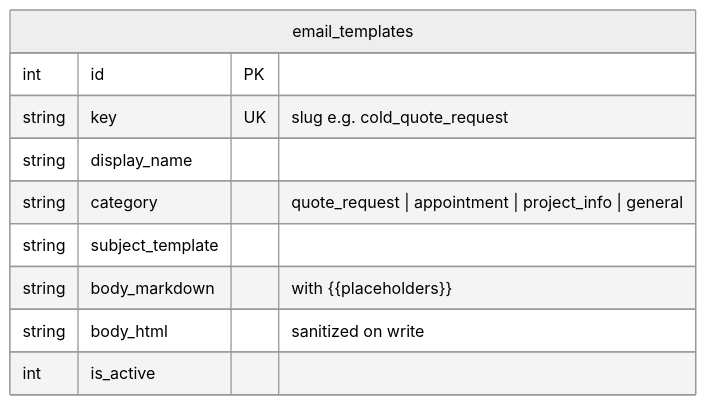
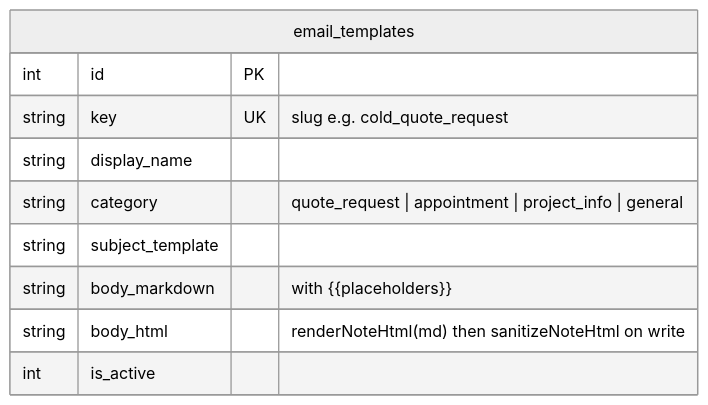
One commit to jmbish04/core-remodel changed the fourth of 4 diagrams in docs/0043_email_mcp_suite/IMPLEMENTATION_PLAN.md. Above: the diagram before and after it, drawn with Mermaid (neutral theme). The commit also changed other lines of this file and 1 other file, not shown here.

````diff
--- a/docs/0043_email_mcp_suite/IMPLEMENTATION_PLAN.md
+++ b/docs/0043_email_mcp_suite/IMPLEMENTATION_PLAN.md
@@ -114,13 +120,13 @@
 ```mermaid
 erDiagram
   email_templates {
     int id PK
     string key UK "slug e.g. cold_quote_request"
     string display_name
     string category "quote_request | appointment | project_info | general"
     string subject_template
     string body_markdown "with {{placeholders}}"
-    string body_html "sanitized on write"
+    string body_html "renderNoteHtml(md) then sanitizeNoteHtml on write"
     int is_active
   }
 ```
````
